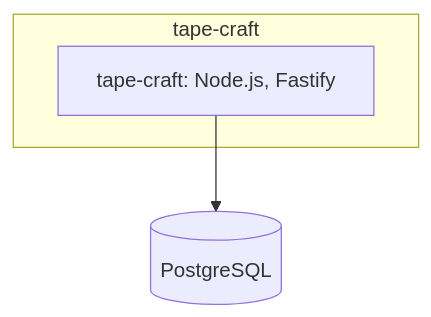
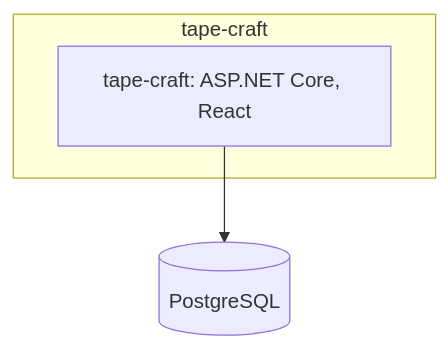
One commit to robert-nagy/tape-craft changed the second of 2 diagrams in README.md. Above: the diagram before and after it, drawn with Mermaid. The commit also changed other lines of this file, not shown here.

````diff
--- a/README.md
+++ b/README.md
@@ -130,8 +147,8 @@
 ```mermaid
 flowchart TB
   subgraph system["tape-craft"]
-  c0["tape-craft: Node.js, Fastify"]
+  c0["tape-craft: ASP.NET Core, React"]
   end
   store[("PostgreSQL")]
   c0 --> store
 ```
````
